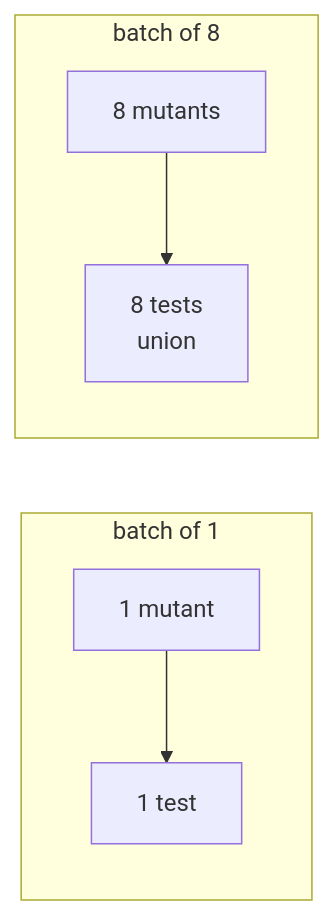
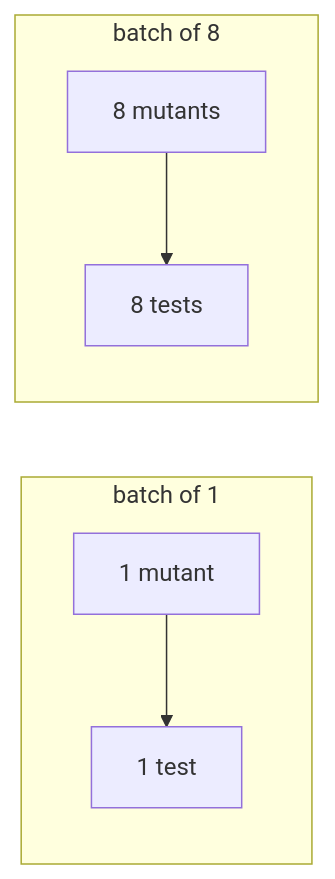
Before and after one commit to kvandeh/Angelo: the second of 2 diagrams in docs/02-test-selection.md, drawn with Mermaid. The commit also changed other lines of this file and 26 other files, not shown here.

````diff
--- a/docs/02-test-selection.md
+++ b/docs/02-test-selection.md
@@ -59,9 +73,9 @@
 ```mermaid
 flowchart LR
-    subgraph "batch of 1"
-    A1[1 mutant] --> B1[1 test]
+    subgraph one [batch of 1]
+        A1[1 mutant] --> B1[1 test]
     end
-    subgraph "batch of 8"
-    A2[8 mutants] --> B2[8 tests<br/>union]
+    subgraph eight [batch of 8]
+        A2[8 mutants] --> B2[8 tests]
     end
 ```
````
